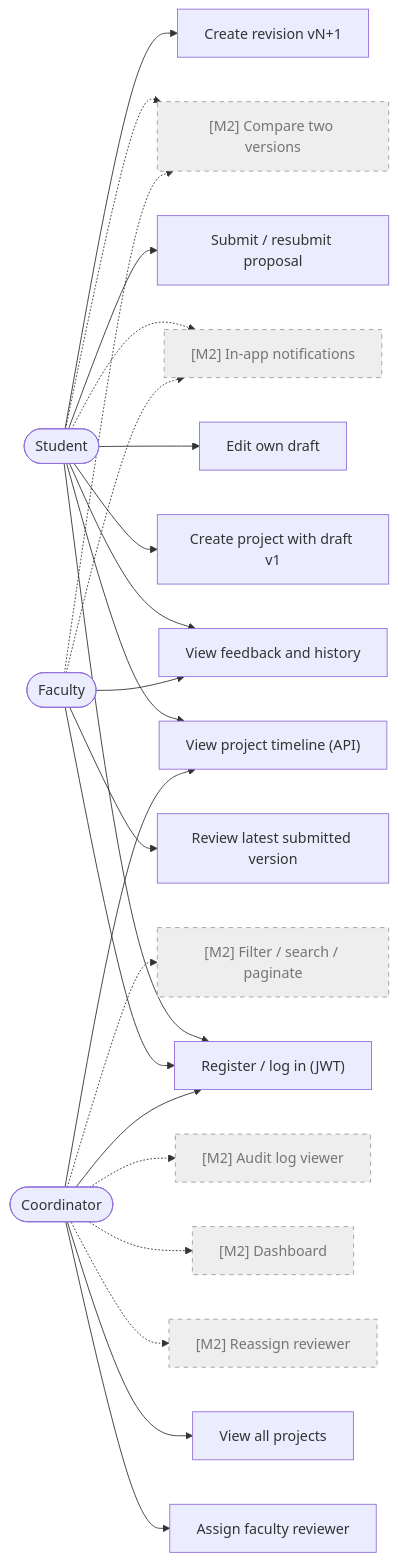
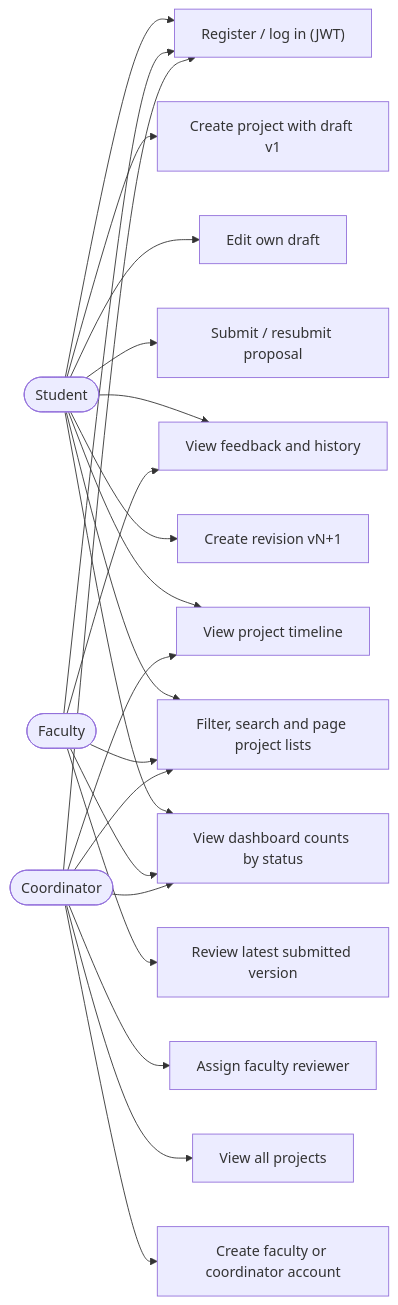
Before and after one commit to udita-0707/Prastaav: the first of 11 diagrams in docs/diagrams.md, drawn with Mermaid. The commit also changed other lines of this file and 9 other files, not shown here.

Commit message:
docs(uml): keep only implemented elements in PlantUML and Mermaid diagrams

````diff
--- a/docs/diagrams.md
+++ b/docs/diagrams.md
@@ -9,29 +9,22 @@
 ```mermaid
 flowchart LR
   Student([Student])
   Faculty([Faculty])
   Coordinator([Coordinator])
   UC1["Register / log in (JWT)"]
   UC2["Create project with draft v1"]
   UC3["Edit own draft"]
   UC4["Submit / resubmit proposal"]
   UC5["View feedback and history"]
   UC6["Create revision vN+1"]
   UC7["Assign faculty reviewer"]
   UC8["Review latest submitted version"]
-  UC9["View project timeline (API)"]
+  UC9["View project timeline"]
   UC10["View all projects"]
-  M2a["[M2] Reassign reviewer"]:::m2
-  M2b["[M2] In-app notifications"]:::m2
-  M2c["[M2] Compare two versions"]:::m2
-  M2d["[M2] Dashboard"]:::m2
-  M2e["[M2] Audit log viewer"]:::m2
-  M2f["[M2] Filter / search / paginate"]:::m2
-  Student --> UC1 & UC2 & UC3 & UC4 & UC5 & UC6 & UC9
-  Faculty --> UC1 & UC8 & UC5
-  Coordinator --> UC1 & UC7 & UC10 & UC9
-  Coordinator -.-> M2a & M2d & M2e & M2f
-  Student -.-> M2b & M2c
-  Faculty -.-> M2b & M2c
-  classDef m2 fill:#eeeeee,stroke:#9e9e9e,stroke-dasharray:5 5,color:#757575
+  UC11["Filter, search and page project lists"]
+  UC12["View dashboard counts by status"]
+  UC13["Create faculty or coordinator account"]
+  Student --> UC1 & UC2 & UC3 & UC4 & UC5 & UC6 & UC9 & UC11 & UC12
+  Faculty --> UC1 & UC8 & UC5 & UC11 & UC12
+  Coordinator --> UC1 & UC7 & UC10 & UC9 & UC11 & UC12 & UC13
 ```
````
